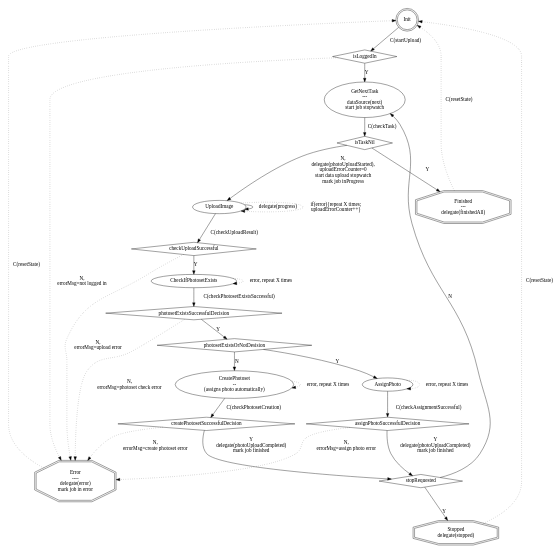
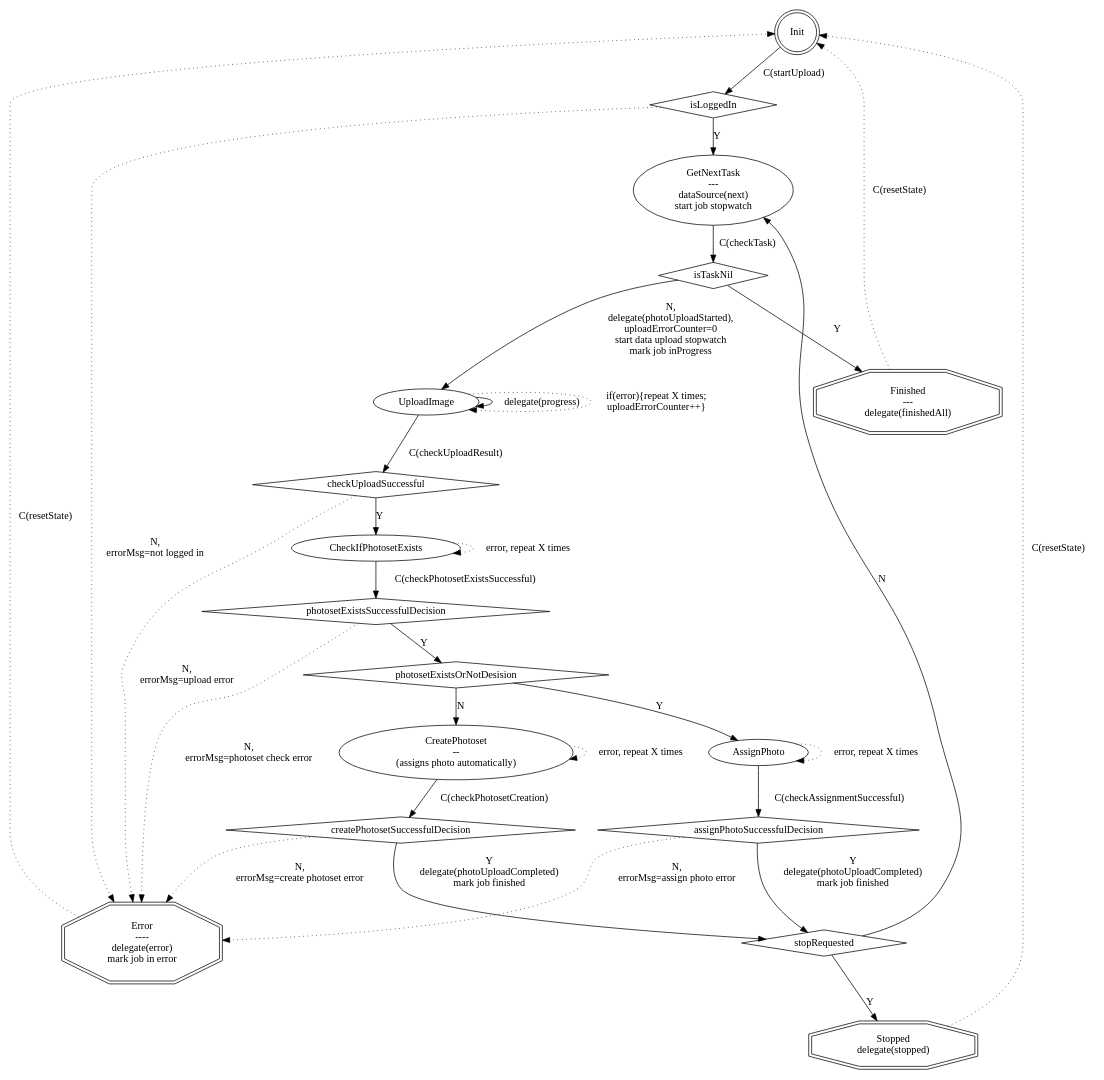
One commit to fredmajor/WDFlickrPhotoUploader changed the diagram in docs/WDFlickrPhotoUploaderFSMGraph.gv. Above: the diagram before and after it, drawn with Graphviz. The commit also changed 3 other files, not shown here.

```diff
--- a/docs/WDFlickrPhotoUploaderFSMGraph.gv
+++ b/docs/WDFlickrPhotoUploaderFSMGraph.gv
@@ -1,56 +1,55 @@
 digraph FlickrControllerLogin {
-//rankdir=LR;
-size="8";
+size="16";
 
 Init [shape=doublecircle];
 isLoggedIn[shape="diamond"];
 Init -> isLoggedIn[label="C(startUpload)"];
 GetNextTask[label="GetNextTask\n---\ndataSource(next)\nstart job stopwatch"];
 isLoggedIn -> GetNextTask[label="Y"];
 isLoggedIn -> Error[label="N,\nerrorMsg=not logged in",style=dotted];
 
 isTaskNil[shape=diamond];
 GetNextTask -> isTaskNil[label="C(checkTask)"];
 Finished [shape=doubleoctagon,label="Finished\n---\ndelegate(finishedAll)"];
 Finished -> Init [style=dotted, label="C(resetState)"]
 Error[shape=doubleoctagon, label="Error\n----\ndelegate(error)\nmark job in error"]
 Error -> Init [style=dotted, label="C(resetState)"]
 isTaskNil -> Finished[label="Y"];
 isTaskNil -> UploadImage[label="N,\ndelegate(photoUploadStarted),\nuploadErrorCounter=0\nstart data upload stopwatch\nmark job inProgress"];
 
 UploadImage -> UploadImage[label="delegate(progress)"];
 UploadImage -> UploadImage[label="if(error){repeat X times;\nuploadErrorCounter++}", style=dotted];
 checkUploadSuccessful[shape="diamond"];
 UploadImage -> checkUploadSuccessful[label="C(checkUploadResult)"];
 checkUploadSuccessful -> Error[label="N,\nerrorMsg=upload error", style=dotted];
 checkUploadSuccessful -> CheckIfPhotosetExists[label="Y"];
 
 photosetExistsOrNotDesision[shape="diamond"];
 photosetExistsSuccessfulDecision[shape="diamond"];
 CheckIfPhotosetExists -> photosetExistsSuccessfulDecision[label="C(checkPhotosetExistsSuccessful)"]
 CheckIfPhotosetExists -> CheckIfPhotosetExists[label="error, repeat X times", style=dotted];
 photosetExistsSuccessfulDecision -> Error[label="N,\nerrorMsg=photoset check error", style=dotted];
 photosetExistsSuccessfulDecision -> photosetExistsOrNotDesision[label="Y"]
 CreatePhotoset[label="CreatePhotoset\n--\n(assigns photo automatically)"];
 photosetExistsOrNotDesision -> CreatePhotoset[label="N"]
 photosetExistsOrNotDesision -> AssignPhoto[label="Y"]
 
 createPhotosetSuccessfulDecision[shape="diamond"]
 CreatePhotoset -> createPhotosetSuccessfulDecision[label="C(checkPhotosetCreation)"];
 CreatePhotoset -> CreatePhotoset[label="error, repeat X times", style=dotted];
 createPhotosetSuccessfulDecision -> Error[label="N,\nerrorMsg=create photoset error", style=dotted];
 //createPhotosetSuccessfulDecision -> AssignPhoto[label="Y"]
 createPhotosetSuccessfulDecision -> stopRequested[label="Y\ndelegate(photoUploadCompleted)\nmark job finished"]
 
 assignPhotoSuccessfulDecision[shape="diamond"]
 AssignPhoto -> AssignPhoto[label="error, repeat X times", style=dotted];
 AssignPhoto -> assignPhotoSuccessfulDecision[label="C(checkAssignmentSuccessful)"]
 assignPhotoSuccessfulDecision -> Error[label="N,\nerrorMsg=assign photo error", style="dotted"]
 assignPhotoSuccessfulDecision -> stopRequested[label="Y\ndelegate(photoUploadCompleted)\nmark job finished"]
 
 Stopped[shape=doubleoctagon, label="Stopped\ndelegate(stopped)"]
 Stopped -> Init [style=dotted, label="C(resetState)"]
 stopRequested[shape="diamond"]
 stopRequested -> GetNextTask[label="N"]
 stopRequested -> Stopped[label="Y"]
 }
```
